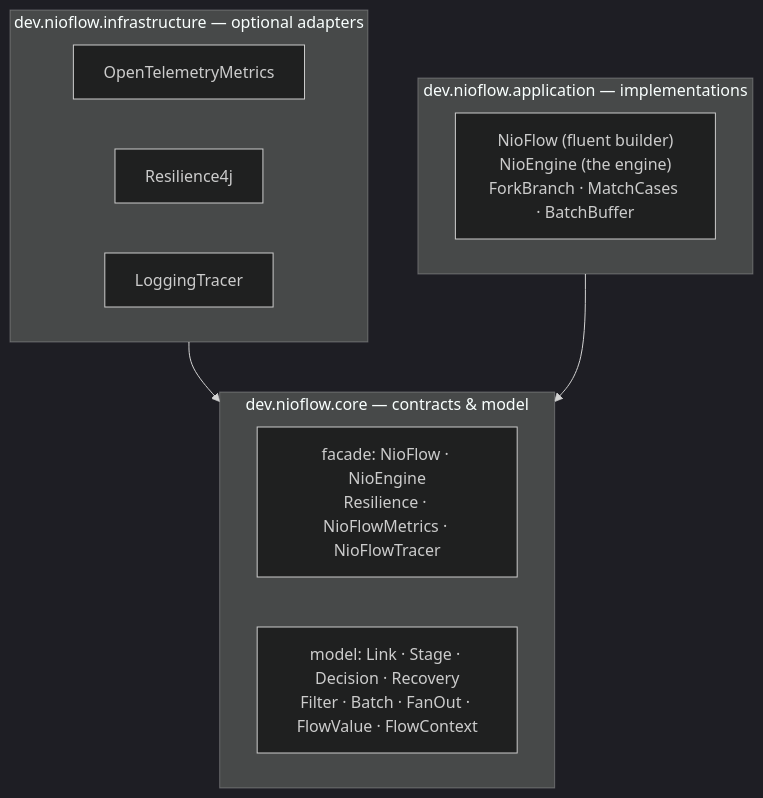
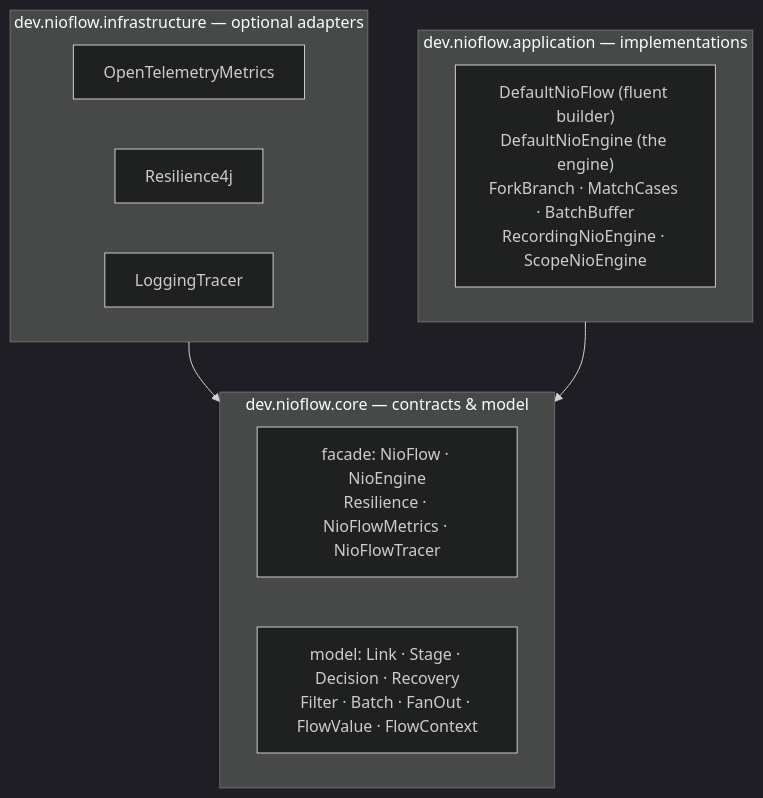
Before and after one commit to fabiangftech/nioflow: the first of 4 diagrams in docs/architecture.md, drawn with Mermaid (dark theme). The commit also changed other lines of this file and 6 other files, not shown here.

Commit message:
docs: add springboot nio-flow support

````diff
--- a/docs/architecture.md
+++ b/docs/architecture.md
@@ -15,17 +15,17 @@
 ```mermaid
 flowchart TB
     subgraph infra ["dev.nioflow.infrastructure — optional adapters"]
         OTEL["OpenTelemetryMetrics"]
         R4J["Resilience4j"]
         LOG["LoggingTracer"]
     end
     subgraph app ["dev.nioflow.application — implementations"]
-        IMPL["NioFlow (fluent builder)<br/>NioEngine (the engine)<br/>ForkBranch · MatchCases · BatchBuffer"]
+        IMPL["DefaultNioFlow (fluent builder)<br/>DefaultNioEngine (the engine)<br/>ForkBranch · MatchCases · BatchBuffer<br/>RecordingNioEngine · ScopeNioEngine"]
     end
     subgraph core ["dev.nioflow.core — contracts & model"]
         FACADE["facade: NioFlow · NioEngine<br/>Resilience · NioFlowMetrics · NioFlowTracer"]
         MODEL["model: Link · Stage · Decision · Recovery<br/>Filter · Batch · FanOut · FlowValue · FlowContext"]
     end
     infra --> core
     app --> core
 ```
````
